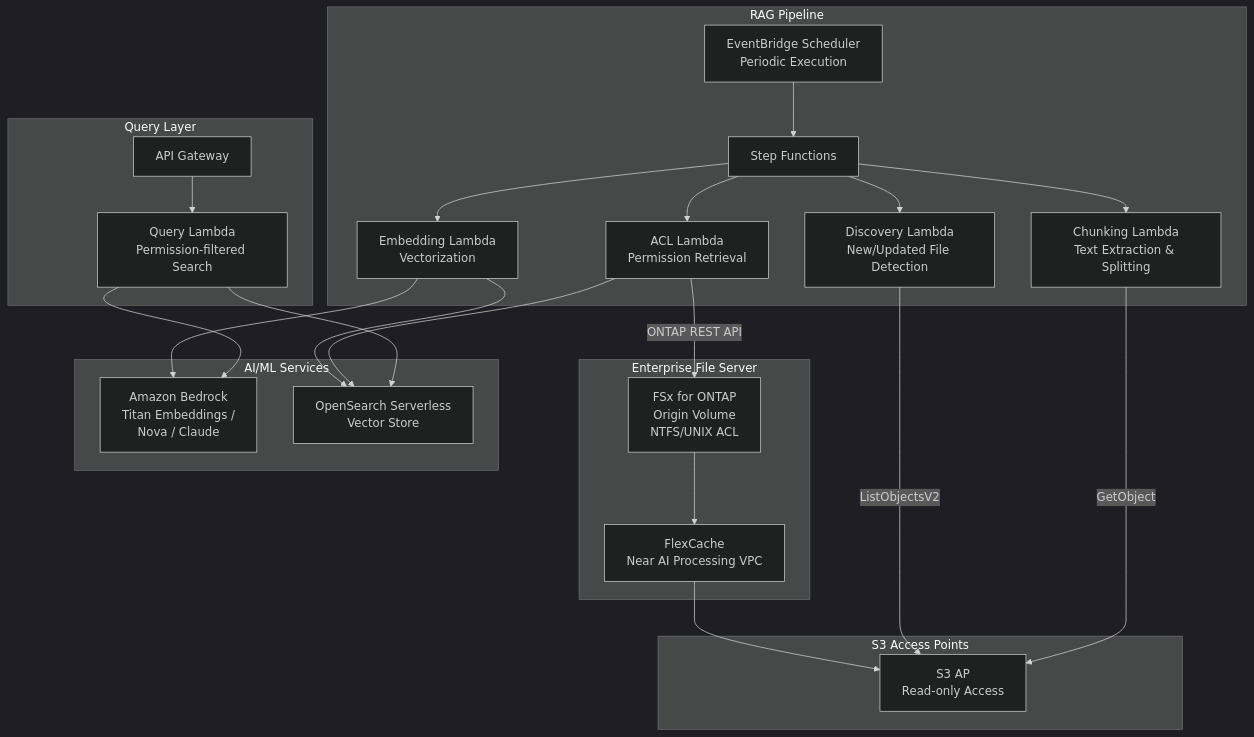
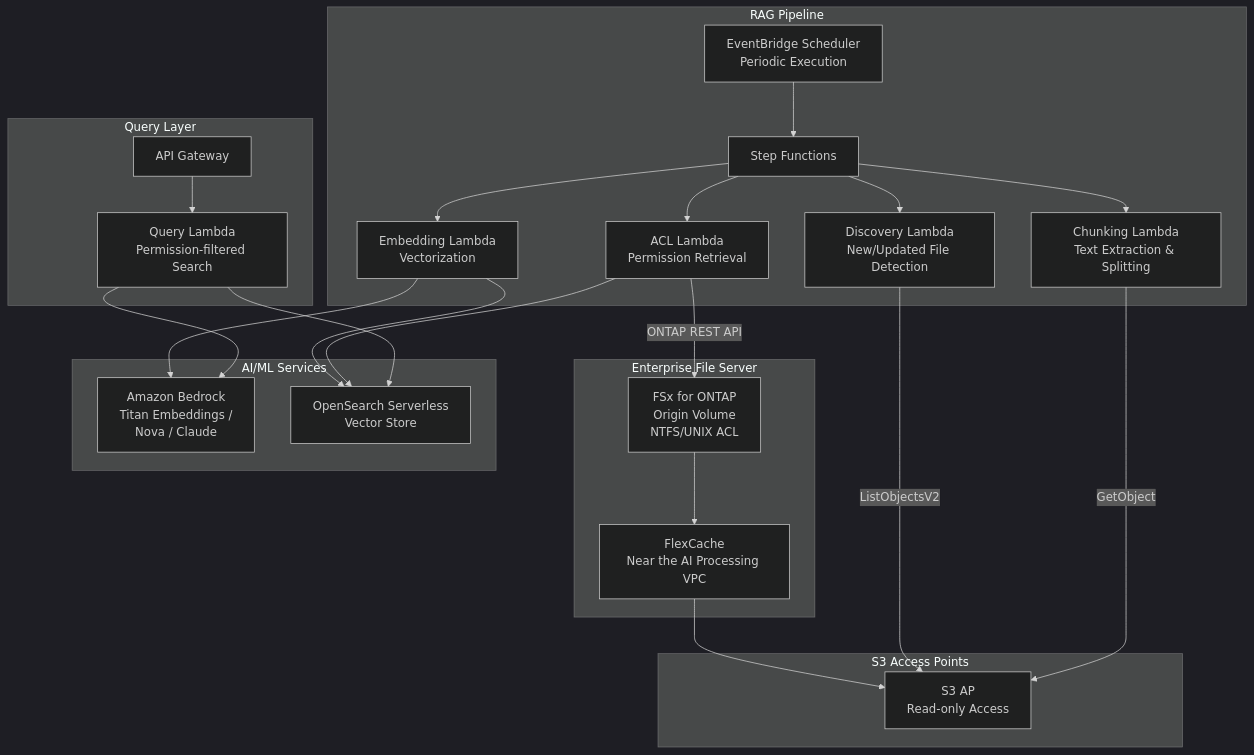
Before and after one commit to Yoshiki0705/FSx-for-ONTAP-S3AccessPoints-Serverless-Patterns: the diagram in solutions/flexcache/rag-enterprise-files/README.en.md, drawn with Mermaid (dark theme). The commit also changed other lines of this file and 20 other files, not shown here.

````diff
--- a/solutions/flexcache/rag-enterprise-files/README.en.md
+++ b/solutions/flexcache/rag-enterprise-files/README.en.md
@@ -21,42 +21,42 @@
 ```mermaid
 graph TB
     subgraph "Enterprise File Server"
         FSXN[FSx for ONTAP<br/>Origin Volume<br/>NTFS/UNIX ACL]
-        CACHE[FlexCache<br/>Near AI Processing VPC]
+        CACHE[FlexCache<br/>Near the AI Processing VPC]
     end
     subgraph "S3 Access Points"
         S3AP[S3 AP<br/>Read-only Access]
     end
     subgraph "RAG Pipeline"
         EBS[EventBridge Scheduler<br/>Periodic Execution]
         SFN[Step Functions]
         DISC[Discovery Lambda<br/>New/Updated File Detection]
         CHUNK[Chunking Lambda<br/>Text Extraction & Splitting]
         EMBED[Embedding Lambda<br/>Vectorization]
         ACL_L[ACL Lambda<br/>Permission Retrieval]
     end
     subgraph "AI/ML Services"
         BEDROCK[Amazon Bedrock<br/>Titan Embeddings /<br/>Nova / Claude]
         OPENSEARCH[OpenSearch Serverless<br/>Vector Store]
     end
     subgraph "Query Layer"
         API[API Gateway]
         QUERY_L[Query Lambda<br/>Permission-filtered Search]
     end
     FSXN --> CACHE
     CACHE --> S3AP
     EBS --> SFN
     SFN --> DISC
     DISC -->|ListObjectsV2| S3AP
     SFN --> CHUNK
     CHUNK -->|GetObject| S3AP
     SFN --> EMBED
     EMBED --> BEDROCK
     SFN --> ACL_L
     ACL_L -->|ONTAP REST API| FSXN
     EMBED --> OPENSEARCH
     ACL_L --> OPENSEARCH
     API --> QUERY_L
     QUERY_L --> OPENSEARCH
     QUERY_L --> BEDROCK
 ```
````
